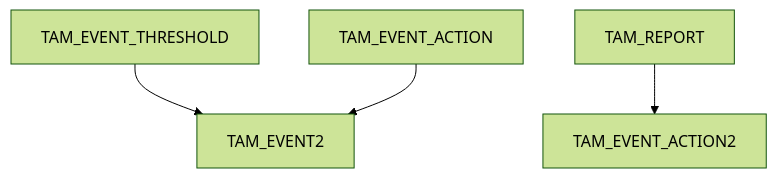
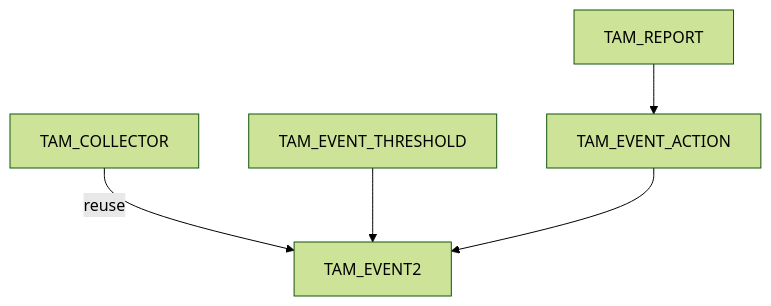
One commit to idmshawn/learning_notes changed the second of 3 diagrams in net/sai/README.md. Above: the diagram before and after it, drawn with Mermaid (forest theme). The commit also changed other lines of this file, not shown here.

````diff
--- a/net/sai/README.md
+++ b/net/sai/README.md
@@ -64,6 +71,7 @@
 ```mermaid
 graph TD;
+    TAM_COLLECTOR-->|reuse|TAM_EVENT2;
     TAM_EVENT_THRESHOLD-->TAM_EVENT2;
-    TAM_REPORT-->TAM_EVENT_ACTION2;
+    TAM_REPORT-->TAM_EVENT_ACTION;
     TAM_EVENT_ACTION-->TAM_EVENT2;
 ```
````
